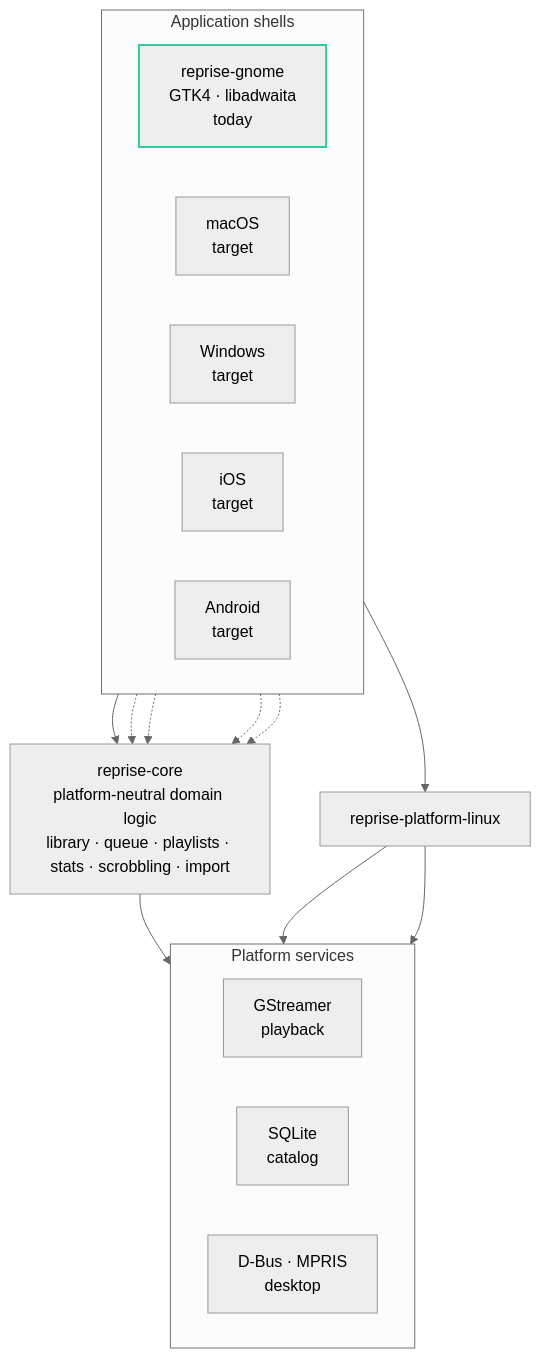
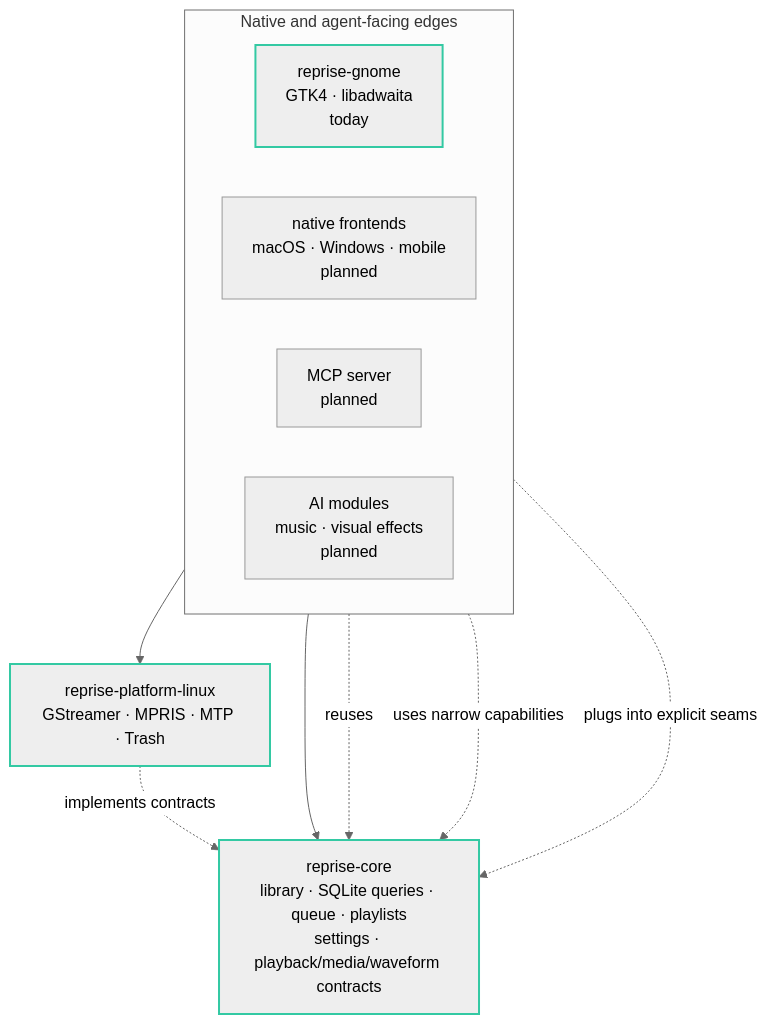
The diagram in README.md (marvinbaudach/reprise-showcase), drawn with Mermaid (neutral theme) before and after one commit. The commit also changed other lines of this file, not shown here.

````diff
--- a/README.md
+++ b/README.md
@@ -72,30 +75,22 @@
 ```mermaid
 flowchart TB
-    subgraph shells["Application shells"]
+    subgraph edges["Native and agent-facing edges"]
         direction LR
         gnome["reprise-gnome<br/>GTK4 · libadwaita<br/>today"]
-        macos["macOS<br/>target"]
-        win["Windows<br/>target"]
-        ios["iOS<br/>target"]
-        android["Android<br/>target"]
+        native["native frontends<br/>macOS · Windows · mobile<br/>planned"]
+        mcp["MCP server<br/>planned"]
+        ai["AI modules<br/>music · visual effects<br/>planned"]
     end
-    core["reprise-core<br/>platform-neutral domain logic<br/>library · queue · playlists · stats · scrobbling · import"]
-    pl["reprise-platform-linux"]
-    subgraph infra["Platform services"]
-        direction LR
-        gst["GStreamer<br/>playback"]
-        sqlite["SQLite<br/>catalog"]
-        dbus["D-Bus · MPRIS<br/>desktop"]
-    end
+    core["reprise-core<br/>library · SQLite queries · queue · playlists<br/>settings · playback/media/waveform contracts"]
+    linux["reprise-platform-linux<br/>GStreamer · MPRIS · MTP · Trash"]
+
     gnome --> core
-    macos -.-> core
-    win -.-> core
-    ios -.-> core
-    android -.-> core
-    core --> sqlite
-    gnome --> pl
-    pl --> gst
-    pl --> dbus
+    gnome --> linux
+    linux -. implements contracts .-> core
+    native -. reuses .-> core
+    mcp -. uses narrow capabilities .-> core
+    ai -. plugs into explicit seams .-> core
+
     classDef today stroke:#33c9a3,stroke-width:2px
-    class gnome today
+    class gnome,core,linux today
 ```
````
